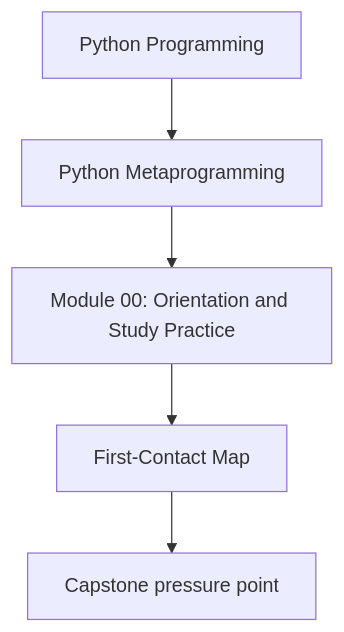
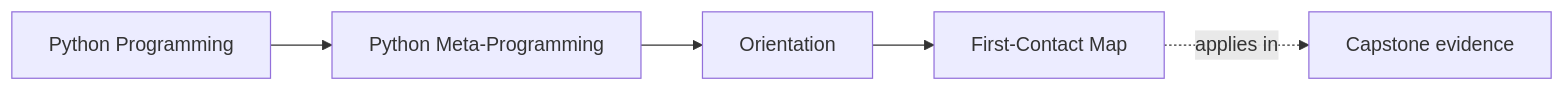
One commit to bijux/bijux-masterclass changed the first of 2 diagrams in programs/python-programming/python-meta-programming/course-book/module-00-orientation/first-contact-map.md. Above: the diagram before and after it, drawn with Mermaid. The commit also changed other lines of this file and 55 other files, not shown here.

Commit message:
docs(python-meta-programming): map runtime foundations and inspection routes

````diff
--- a/programs/python-programming/python-meta-programming/course-book/module-00-orientation/first-contact-map.md
+++ b/programs/python-programming/python-meta-programming/course-book/module-00-orientation/first-contact-map.md
@@ -6,7 +6,11 @@
 ```mermaid
-flowchart TD
-  family["Python Programming"] --> program["Python Metaprogramming"]
-  program --> module["Module 00: Orientation and Study Practice"]
-  module --> concept["First-Contact Map"]
-  concept --> capstone["Capstone pressure point"]
+graph LR
+  family["Python Programming"]
+  program["Python Meta-Programming"]
+  section["Orientation"]
+  page["First-Contact Map"]
+  capstone["Capstone evidence"]
+
+  family --> program --> section --> page
+  page -.applies in.-> capstone
 ```
````
